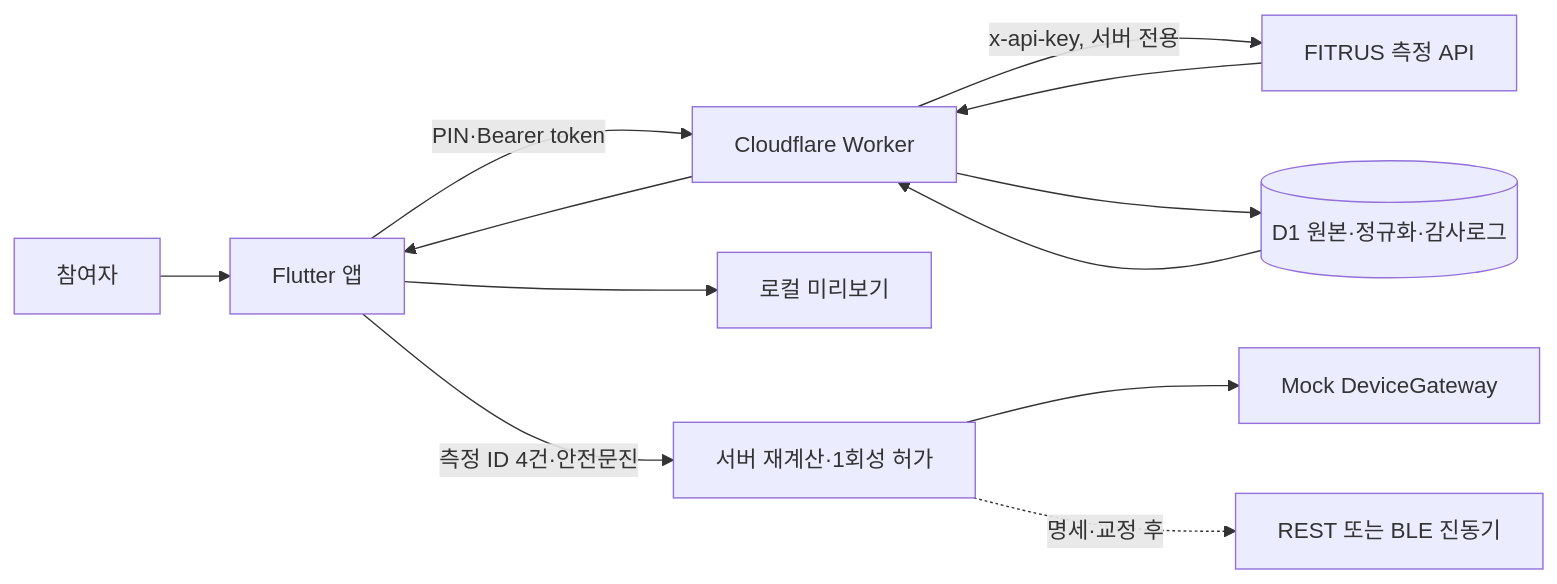
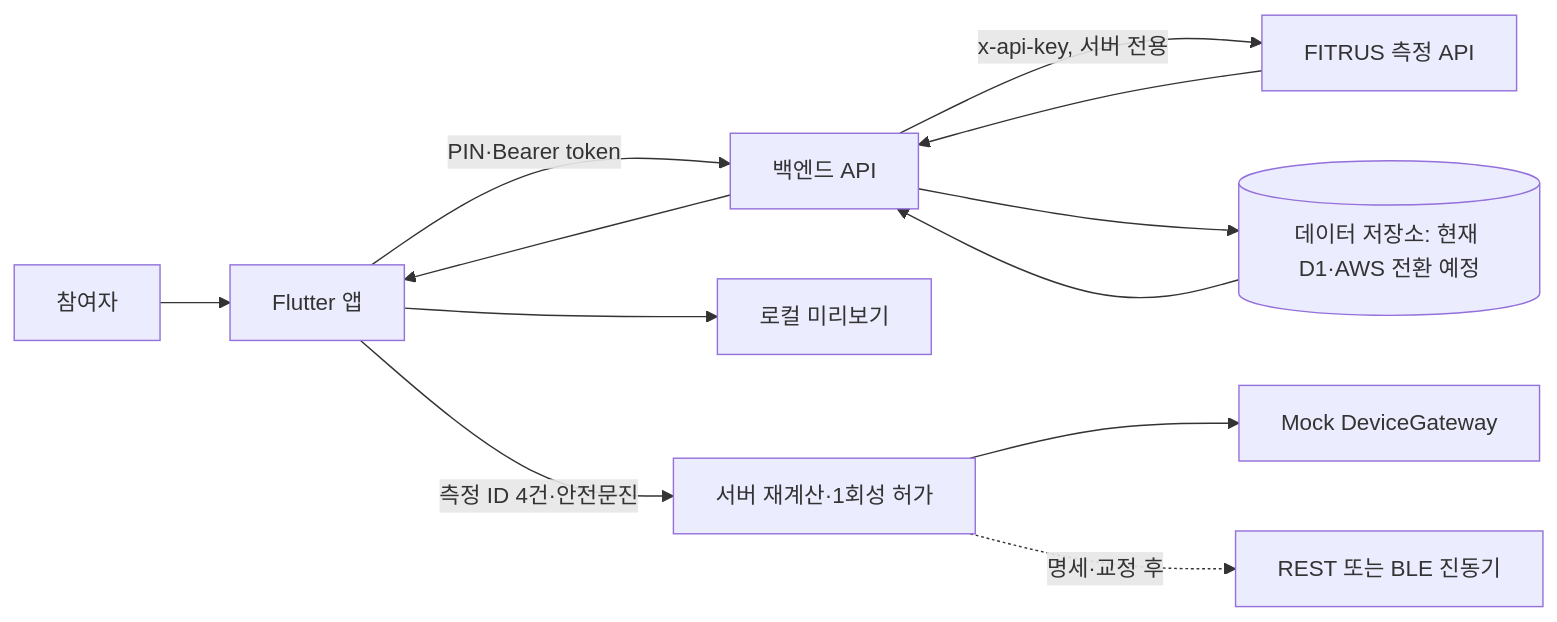
The first of 2 diagrams in docs/system-design.md (Dowon-Kang/vibecare-pilot), drawn with Mermaid before and after one commit. The commit also changed other lines of this file and 127 other files, not shown here.

````diff
--- a/docs/system-design.md
+++ b/docs/system-design.md
@@ -7,13 +7,13 @@
 ```mermaid
 flowchart LR
     USER[참여자] --> APP[Flutter 앱]
-    APP -->|PIN·Bearer token| API[Cloudflare Worker]
+    APP -->|PIN·Bearer token| API[백엔드 API]
     API -->|x-api-key, 서버 전용| FITRUS[FITRUS 측정 API]
     FITRUS --> API
-    API --> DB[(D1 원본·정규화·감사로그)]
+    API --> DB[(데이터 저장소: 현재 D1·AWS 전환 예정)]
     DB --> API --> APP
     APP --> LOCAL[로컬 미리보기]
     APP -->|측정 ID 4건·안전문진| AUTHORIZE[서버 재계산·1회성 허가]
     AUTHORIZE --> MOCK[Mock DeviceGateway]
     AUTHORIZE -. 명세·교정 후 .-> DEVICE[REST 또는 BLE 진동기]
 ```
````
